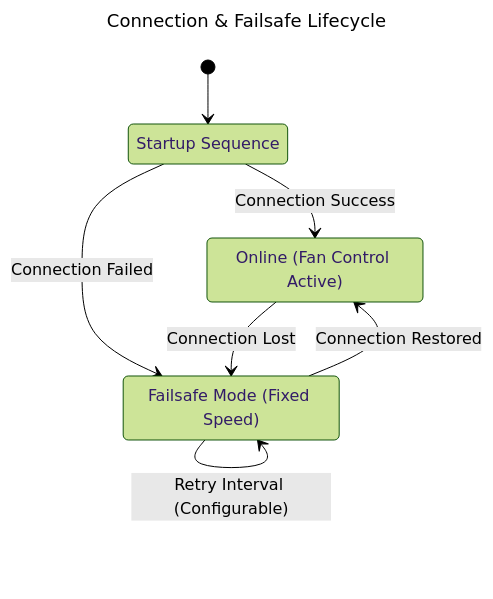
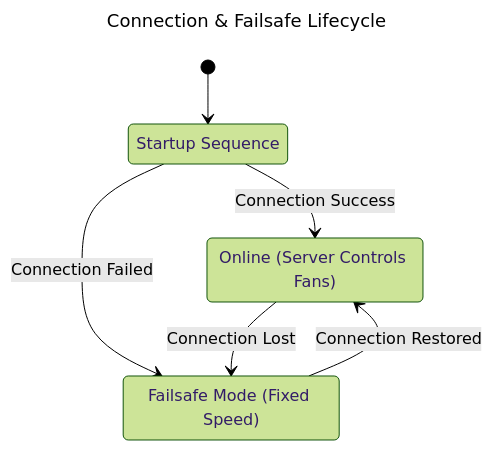
The diagram in documentation/public/wiki/Agents-Linux.md (Anexgohan/pankha), drawn with Mermaid (forest theme) before and after one commit. The commit also changed other lines of this file and 12 other files, not shown here.

````diff
--- a/documentation/public/wiki/Agents-Linux.md
+++ b/documentation/public/wiki/Agents-Linux.md
@@ -11,19 +14,17 @@
 ```mermaid
 ---
 title: Connection & Failsafe Lifecycle
 ---
 stateDiagram-v2
     [*] --> Startup
-    
+
     state "Startup Sequence" as Startup
-    state "Online (Fan Control Active)" as Online
+    state "Online (Server Controls Fans)" as Online
     state "Failsafe Mode (Fixed Speed)" as Failsafe
-    
+
     Startup --> Online : Connection Success
     Startup --> Failsafe : Connection Failed
-    
+
     Online --> Failsafe : Connection Lost
     Failsafe --> Online : Connection Restored
-    
-    Failsafe --> Failsafe : Retry Interval (Configurable)
 ```
````
